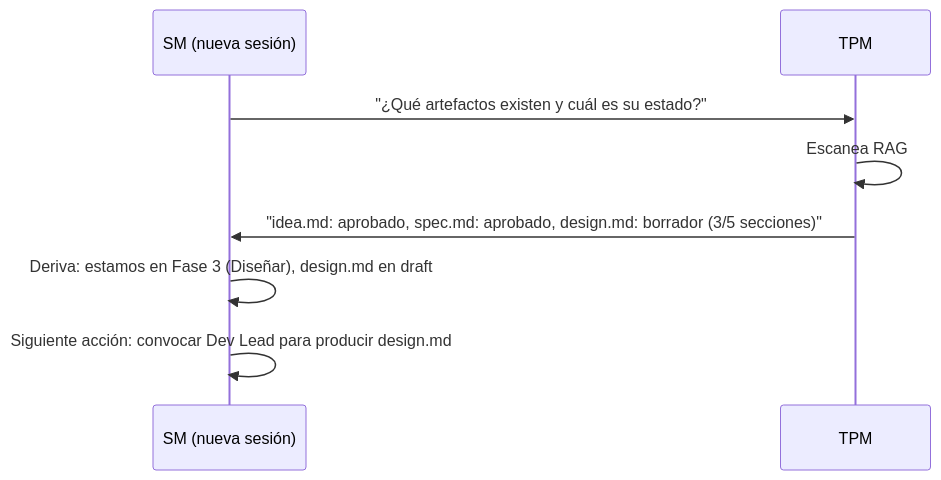
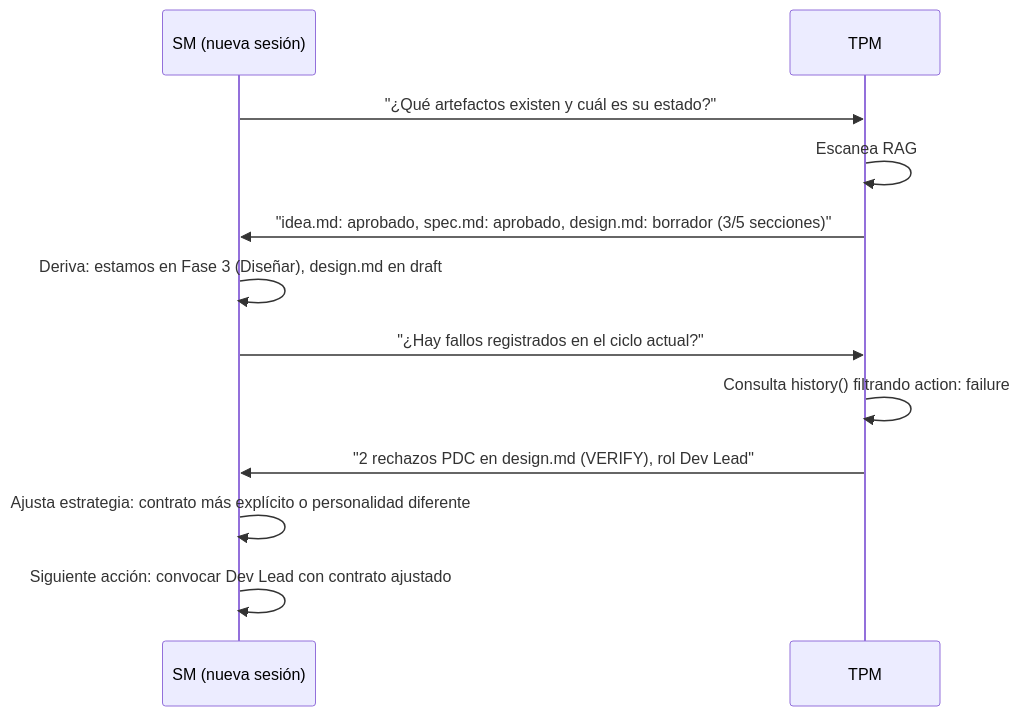
The third of 14 diagrams in docs/behavior-scrum-master-routing.md (virgenherrera/idea-to-mvp), drawn with Mermaid before and after one commit. The commit also changed other lines of this file and 6 other files, not shown here.

First line of the commit message:
feat: close planning mode — tiers, drift detection, failure history + cleanup

````diff
--- a/docs/behavior-scrum-master-routing.md
+++ b/docs/behavior-scrum-master-routing.md
@@ -130,11 +130,15 @@
 ```mermaid
 sequenceDiagram
     participant SM as SM (nueva sesión)
     participant TPM as TPM
 
     SM->>TPM: "¿Qué artefactos existen y cuál es su estado?"
     TPM->>TPM: Escanea RAG
     TPM->>SM: "idea.md: aprobado, spec.md: aprobado, design.md: borrador (3/5 secciones)"
     SM->>SM: Deriva: estamos en Fase 3 (Diseñar), design.md en draft
-    SM->>SM: Siguiente acción: convocar Dev Lead para producir design.md
+    SM->>TPM: "¿Hay fallos registrados en el ciclo actual?"
+    TPM->>TPM: Consulta history() filtrando action: failure
+    TPM->>SM: "2 rechazos PDC en design.md (VERIFY), rol Dev Lead"
+    SM->>SM: Ajusta estrategia: contrato más explícito o personalidad diferente
+    SM->>SM: Siguiente acción: convocar Dev Lead con contrato ajustado
 ```
````
